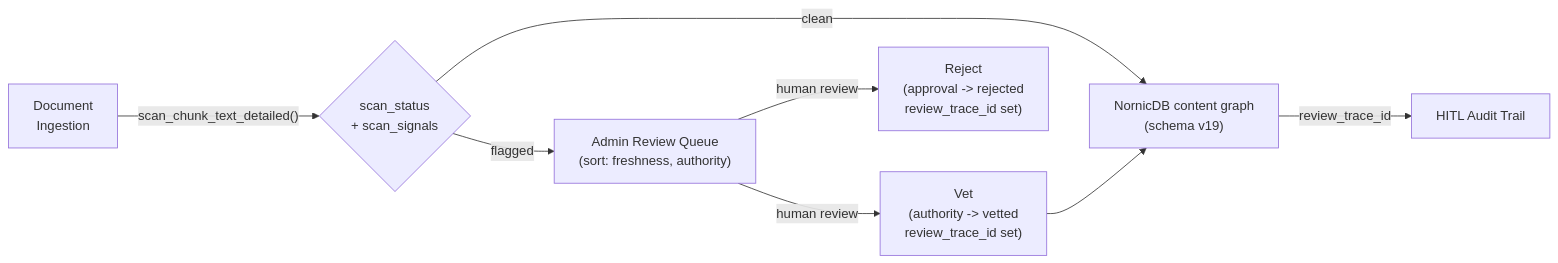
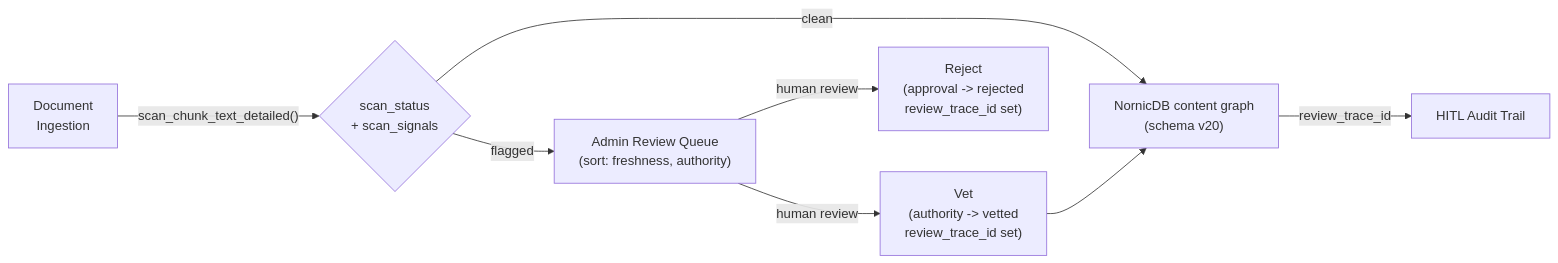
One commit to supernovae/synesis changed the second of 2 diagrams in docs/SECURITY.md. Above: the diagram before and after it, drawn with Mermaid. The commit also changed 15 other files, not shown here.

````diff
--- a/docs/SECURITY.md
+++ b/docs/SECURITY.md
@@ -308,10 +308,10 @@
 ```mermaid
 flowchart LR
     Ingest["Document\nIngestion"] -->|"scan_chunk_text_detailed()"| Status{"scan_status\n+ scan_signals"}
-    Status -->|clean| Catalog["NornicDB content graph\n(schema v19)"]
+    Status -->|clean| Catalog["NornicDB content graph\n(schema v20)"]
     Status -->|flagged| Queue["Admin Review Queue\n(sort: freshness, authority)"]
     Queue -->|"human review"| Vet["Vet\n(authority -> vetted\nreview_trace_id set)"]
     Queue -->|"human review"| Reject["Reject\n(approval -> rejected\nreview_trace_id set)"]
     Vet --> Catalog
     Catalog -->|"review_trace_id"| Audit["HITL Audit Trail"]
 ```
````
